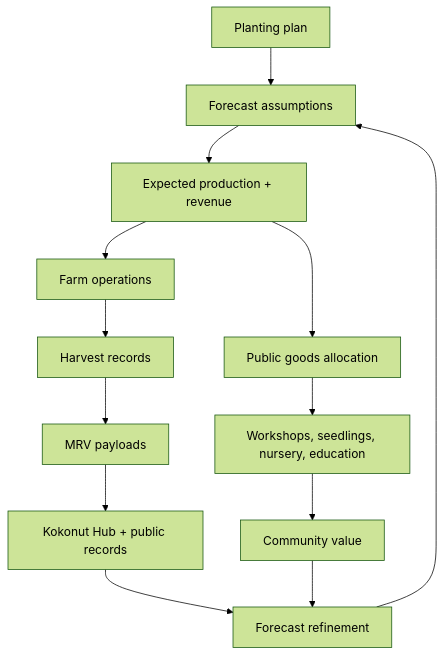
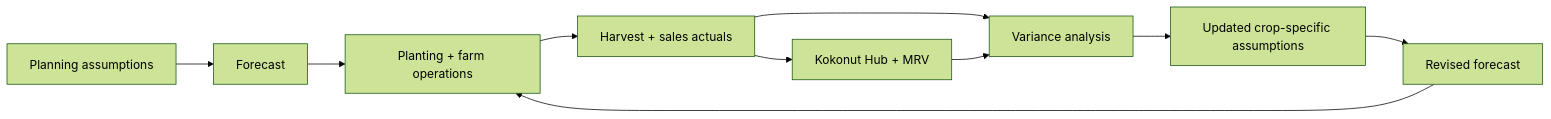
One commit to wasalo/Kokonut-Public-Site changed the diagram in ecosystem-wiki/kokonut-farms/adelphi/crops-and-harvest-forecast.mdx. Above: the diagram before and after it, drawn with Mermaid (forest theme). The commit also changed other lines of this file, not shown here.

Commit message:
docs(kokonut-farms): improve Adelphi forecast model

````diff
--- a/ecosystem-wiki/kokonut-farms/adelphi/crops-and-harvest-forecast.mdx
+++ b/ecosystem-wiki/kokonut-farms/adelphi/crops-and-harvest-forecast.mdx
@@ -112,16 +438,13 @@
 ```mermaid
-flowchart TD
-    A["Planting plan"] --> B["Forecast assumptions"]
-    B --> C["Expected production + revenue"]
-    C --> D["Farm operations"]
-    D --> E["Harvest records"]
-    E --> F["MRV payloads"]
-    F --> G["Kokonut Hub + public records"]
-    G --> H["Forecast refinement"]
-    H --> B
+flowchart LR
+    A["Planning assumptions"] --> B["Forecast"]
+    B --> C["Planting + farm operations"]
+    C --> D["Harvest + sales actuals"]
+    D --> E["Variance analysis"]
+    E --> F["Updated crop-specific assumptions"]
+    F --> G["Revised forecast"]
+    G --> C
 
-    C --> I["Public goods allocation"]
-    I --> J["Workshops, seedlings, nursery, education"]
-    J --> K["Community value"]
-    K --> H
+    D --> H["Kokonut Hub + MRV"]
+    H --> E
 ```
````
